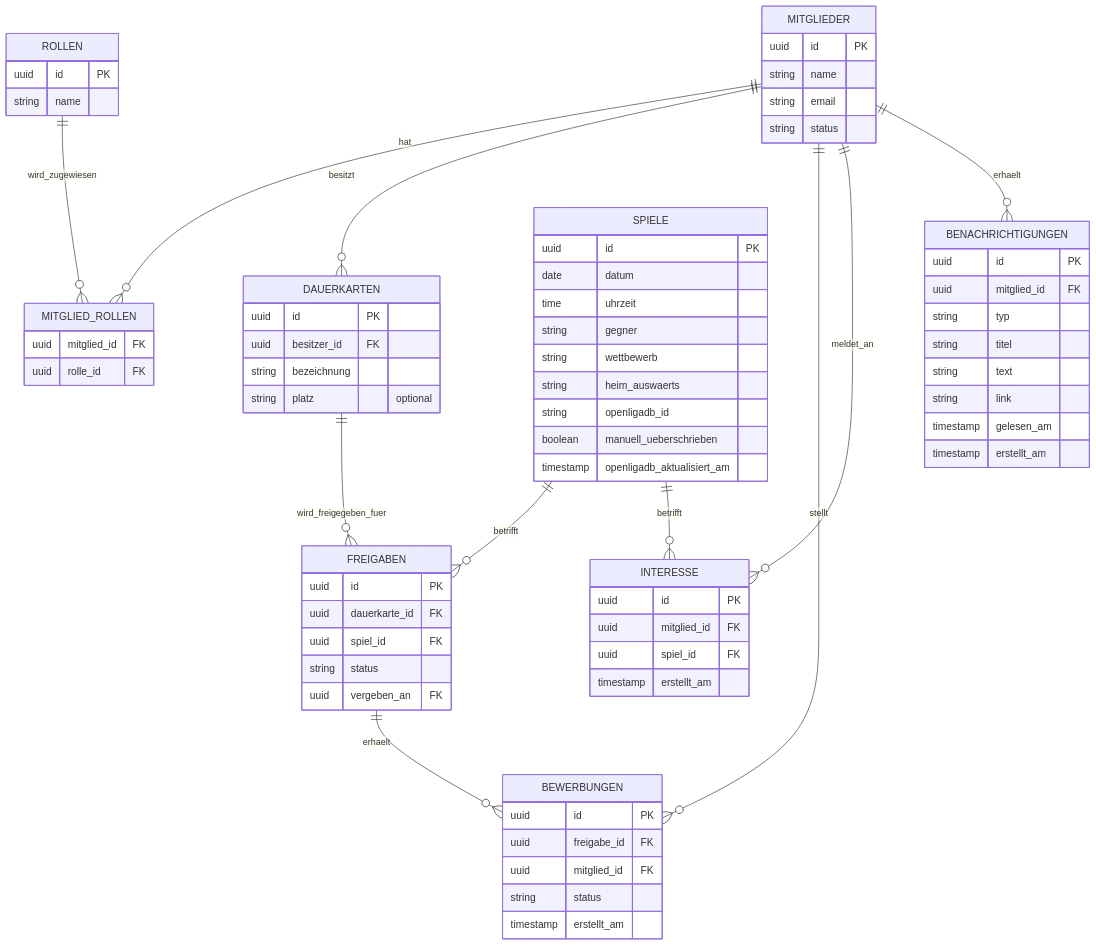
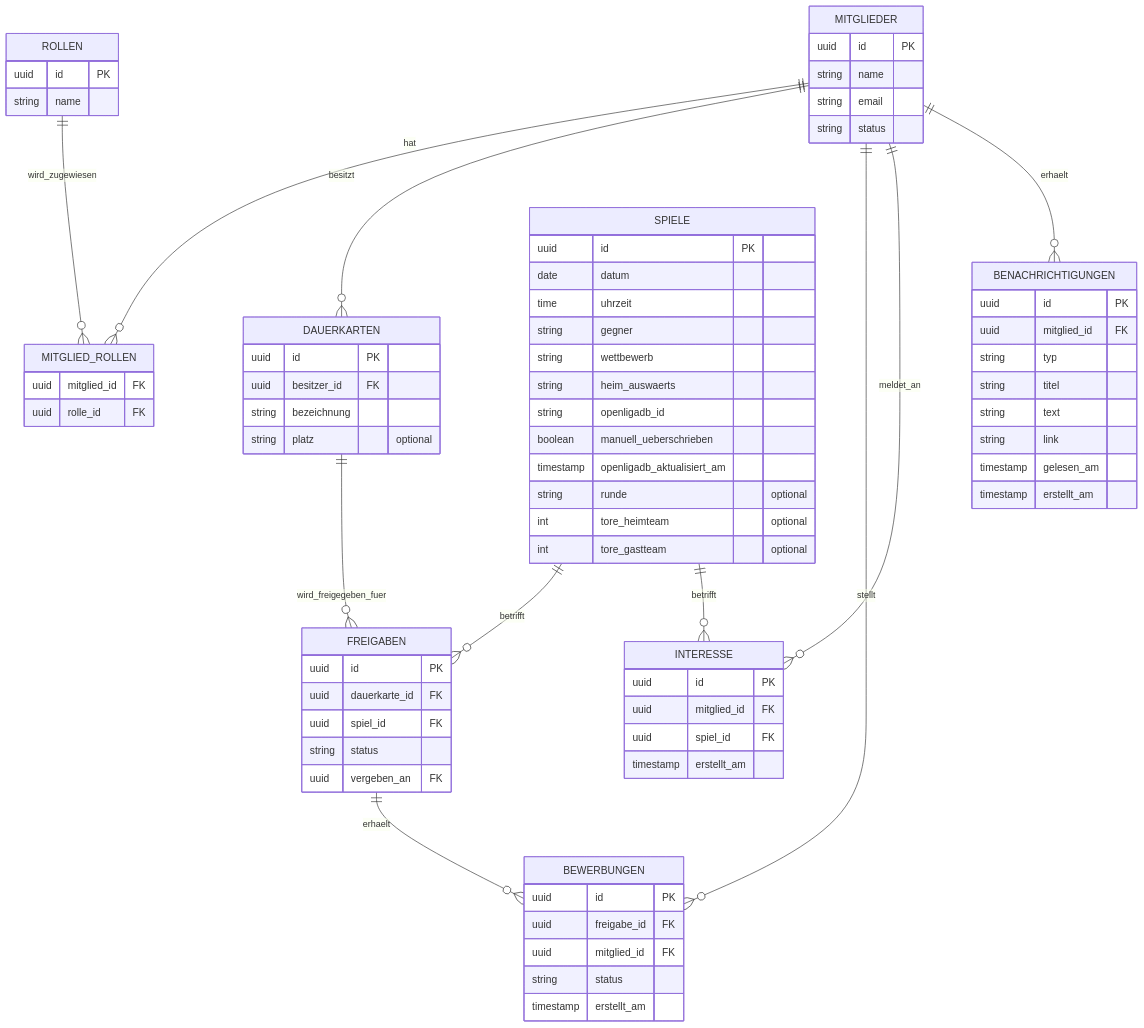
Before and after one commit to zeitmann/seefuechse: the diagram in README.md, drawn with Mermaid. The commit also changed other lines of this file and 3 other files, not shown here.

````diff
--- a/README.md
+++ b/README.md
@@ -51,75 +51,78 @@
 ```mermaid
 erDiagram
   MITGLIEDER ||--o{ MITGLIED_ROLLEN : hat
   ROLLEN ||--o{ MITGLIED_ROLLEN : wird_zugewiesen
   MITGLIEDER ||--o{ DAUERKARTEN : besitzt
   DAUERKARTEN ||--o{ FREIGABEN : wird_freigegeben_fuer
   SPIELE ||--o{ FREIGABEN : betrifft
   FREIGABEN ||--o{ BEWERBUNGEN : erhaelt
   MITGLIEDER ||--o{ BEWERBUNGEN : stellt
   MITGLIEDER ||--o{ INTERESSE : meldet_an
   SPIELE ||--o{ INTERESSE : betrifft
   MITGLIEDER ||--o{ BENACHRICHTIGUNGEN : erhaelt
 
   MITGLIEDER {
     uuid id PK
     string name
     string email
     string status
   }
   ROLLEN {
     uuid id PK
     string name
   }
   MITGLIED_ROLLEN {
     uuid mitglied_id FK
     uuid rolle_id FK
   }
   DAUERKARTEN {
     uuid id PK
     uuid besitzer_id FK
     string bezeichnung
     string platz "optional"
   }
   SPIELE {
     uuid id PK
     date datum
     time uhrzeit
     string gegner
     string wettbewerb
     string heim_auswaerts
     string openligadb_id
     boolean manuell_ueberschrieben
     timestamp openligadb_aktualisiert_am
+    string runde "optional"
+    int tore_heimteam "optional"
+    int tore_gastteam "optional"
   }
   FREIGABEN {
     uuid id PK
     uuid dauerkarte_id FK
     uuid spiel_id FK
     string status
     uuid vergeben_an FK
   }
   BEWERBUNGEN {
     uuid id PK
     uuid freigabe_id FK
     uuid mitglied_id FK
     string status
     timestamp erstellt_am
   }
   INTERESSE {
     uuid id PK
     uuid mitglied_id FK
     uuid spiel_id FK
     timestamp erstellt_am
   }
   BENACHRICHTIGUNGEN {
     uuid id PK
     uuid mitglied_id FK
     string typ
     string titel
     string text
     string link
     timestamp gelesen_am
     timestamp erstellt_am
   }
 ```
````
